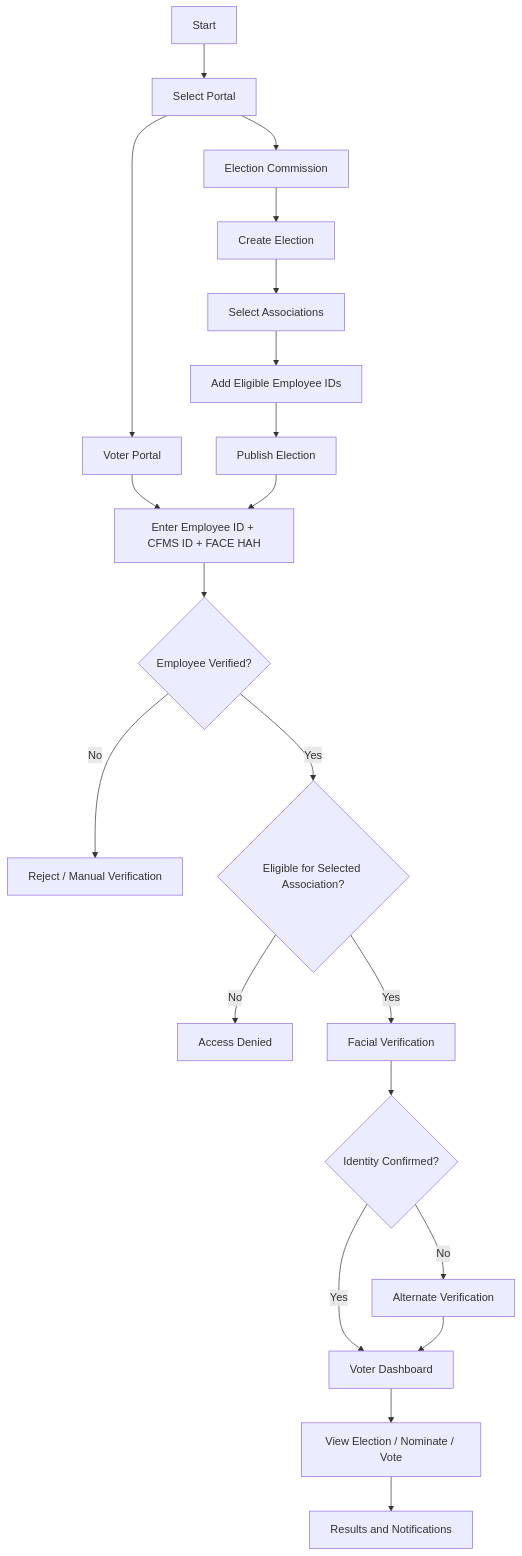
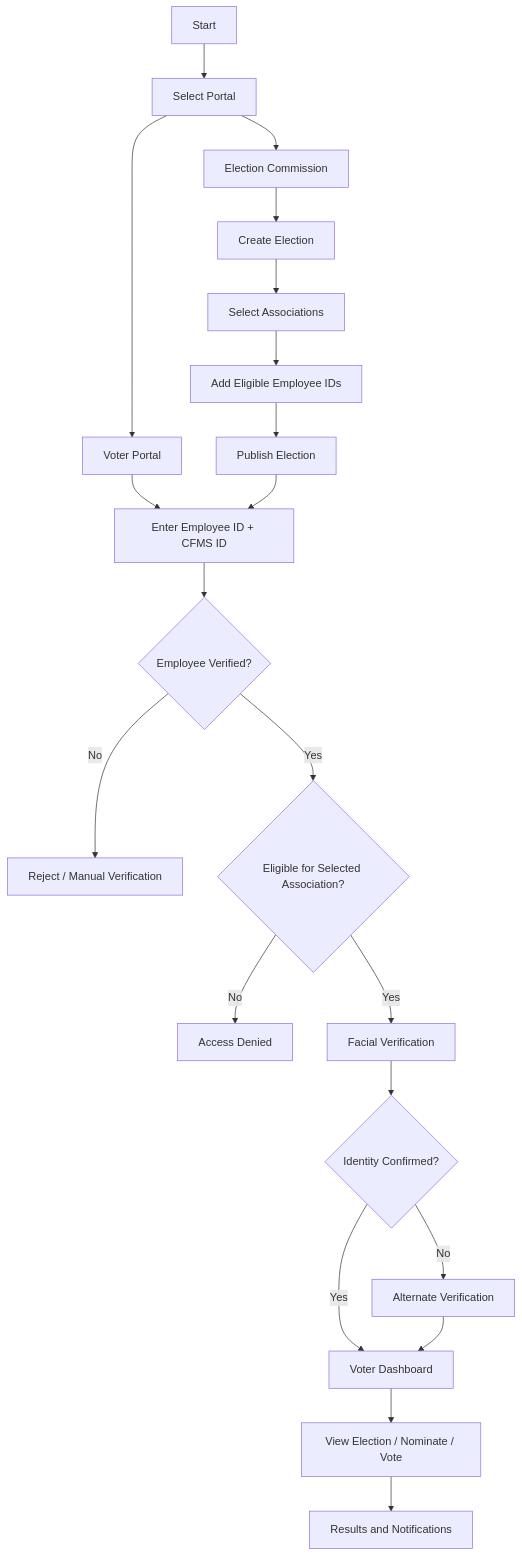
One commit to Mxkarthik/NanoVote changed the diagram in README.md. Above: the diagram before and after it, drawn with Mermaid.

````diff
--- a/README.md
+++ b/README.md
@@ -3,33 +3,33 @@
 ```mermaid
 flowchart TD
     A["Start"] --> B["Select Portal"]
 
     B --> C["Election Commission"]
     B --> D["Voter Portal"]
 
     C --> E["Create Election"]
     E --> F["Select Associations"]
     F --> G["Add Eligible Employee IDs"]
     G --> H["Publish Election"]
 
-    D --> I["Enter Employee ID + CFMS ID + FACE HAH"]
+    D --> I["Enter Employee ID + CFMS ID"]
     H --> I
 
     I --> J{"Employee Verified?"}
 
     J -->|No| K["Reject / Manual Verification"]
     J -->|Yes| L{"Eligible for Selected Association?"}
 
     L -->|No| M["Access Denied"]
     L -->|Yes| N["Facial Verification"]
 
     N --> O{"Identity Confirmed?"}
 
     O -->|No| P["Alternate Verification"]
     O -->|Yes| Q["Voter Dashboard"]
 
     P --> Q
 
     Q --> R["View Election / Nominate / Vote"]
     R --> S["Results and Notifications"]
 ```
````
